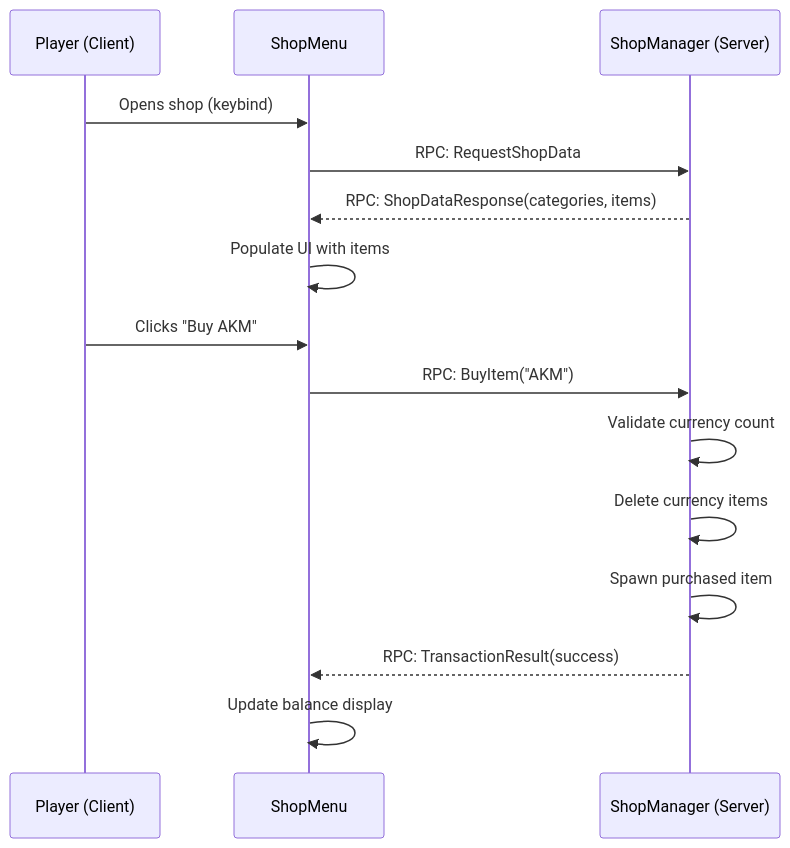
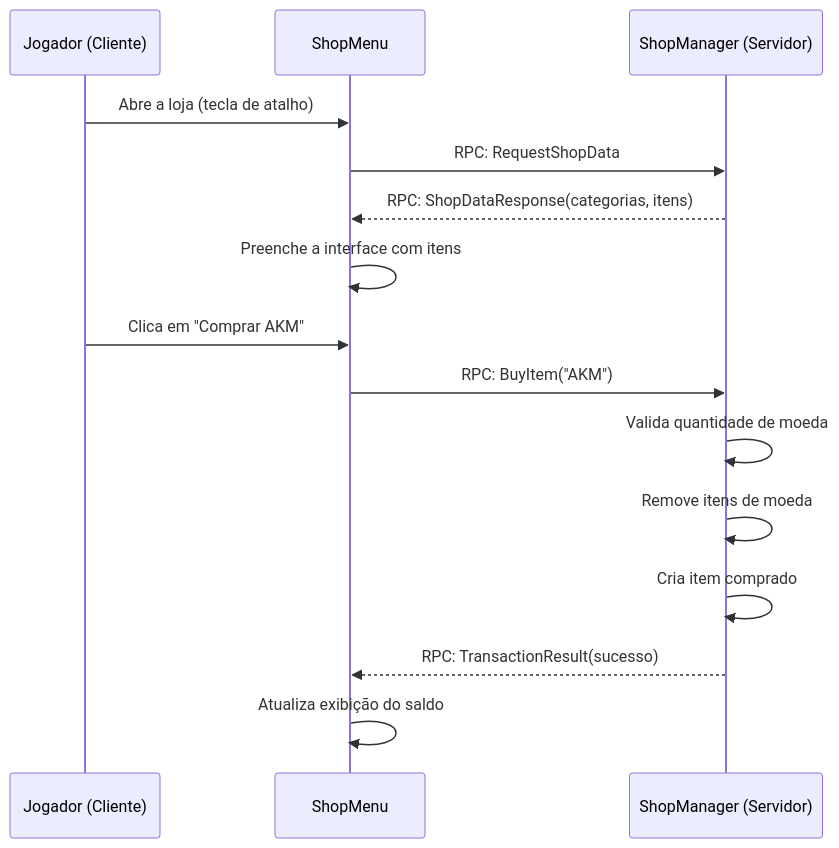
One commit to StarDZ-Team/DayZ-Modding-Wiki changed the diagram in pt/08-tutorials/12-trading-system.md. Above: the diagram before and after it, drawn with Mermaid. The commit also changed other lines of this file and 11 other files, not shown here.

````diff
--- a/pt/08-tutorials/12-trading-system.md
+++ b/pt/08-tutorials/12-trading-system.md
@@ -29,18 +33,18 @@
 ```mermaid
 sequenceDiagram
-    participant P as Player (Client)
+    participant P as Jogador (Cliente)
     participant UI as ShopMenu
-    participant S as ShopManager (Server)
+    participant S as ShopManager (Servidor)
 
-    P->>UI: Opens shop (keybind)
+    P->>UI: Abre a loja (tecla de atalho)
     UI->>S: RPC: RequestShopData
-    S-->>UI: RPC: ShopDataResponse(categories, items)
-    UI->>UI: Populate UI with items
-    P->>UI: Clicks "Buy AKM"
+    S-->>UI: RPC: ShopDataResponse(categorias, itens)
+    UI->>UI: Preenche a interface com itens
+    P->>UI: Clica em "Comprar AKM"
     UI->>S: RPC: BuyItem("AKM")
-    S->>S: Validate currency count
-    S->>S: Delete currency items
-    S->>S: Spawn purchased item
-    S-->>UI: RPC: TransactionResult(success)
-    UI->>UI: Update balance display
+    S->>S: Valida quantidade de moeda
+    S->>S: Remove itens de moeda
+    S->>S: Cria item comprado
+    S-->>UI: RPC: TransactionResult(sucesso)
+    UI->>UI: Atualiza exibição do saldo
 ```
````
